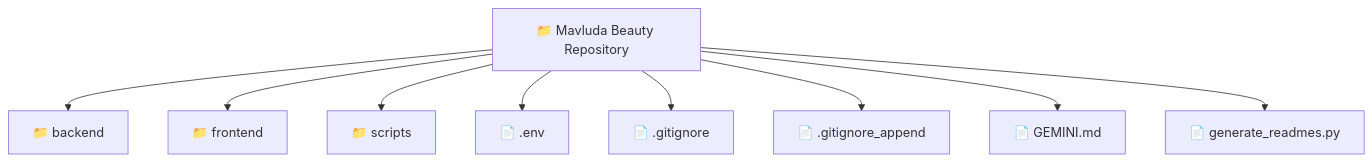
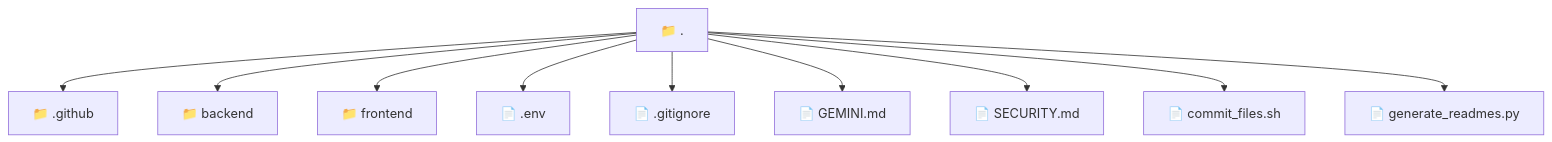
One commit to beginwebdev2002/fullstack-mavluda changed the diagram in README.md. Above: the diagram before and after it, drawn with Mermaid. The commit also changed other lines of this file and 161 other files, not shown here.

First line of the commit message:
docs: generate localized architectural READMEs across all directories

````diff
--- a/README.md
+++ b/README.md
@@ -9,12 +9,13 @@
 ```mermaid
 graph TD
-  Root["📁 Mavluda Beauty Repository"]
-  Root --> backend["📁 backend"]
-  Root --> frontend["📁 frontend"]
-  Root --> scripts["📁 scripts"]
-  Root --> _env["📄 .env"]
-  Root --> _gitignore["📄 .gitignore"]
-  Root --> _gitignore_append["📄 .gitignore_append"]
-  Root --> GEMINI_md["📄 GEMINI.md"]
-  Root --> generate_readmes_py["📄 generate_readmes.py"]
+  _["📁 ."]
+  _ --> _github["📁 .github"]
+  _ --> backend["📁 backend"]
+  _ --> frontend["📁 frontend"]
+  _ --> _env["📄 .env"]
+  _ --> _gitignore["📄 .gitignore"]
+  _ --> GEMINI_md["📄 GEMINI.md"]
+  _ --> SECURITY_md["📄 SECURITY.md"]
+  _ --> commit_files_sh["📄 commit_files.sh"]
+  _ --> generate_readmes_py["📄 generate_readmes.py"]
 ```
````
